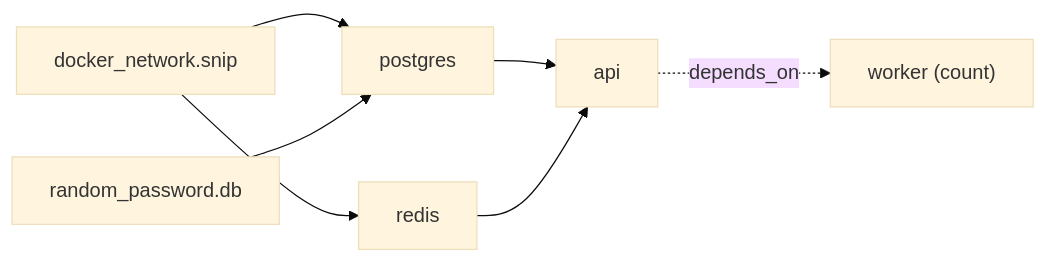
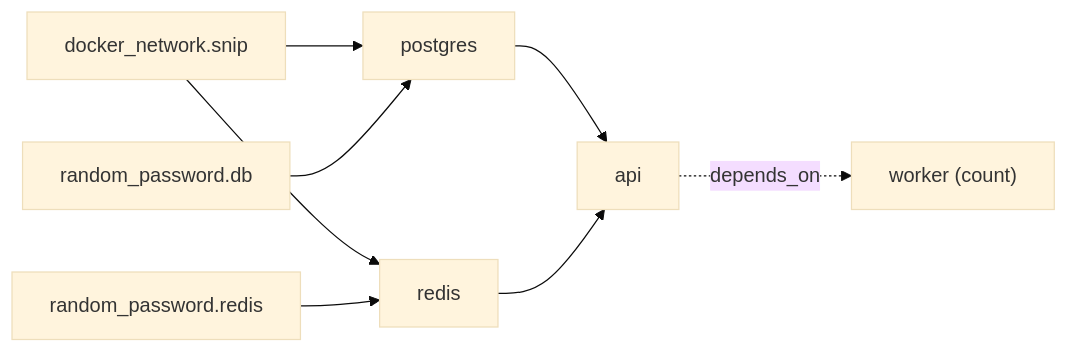
The fourth of 4 diagrams in docs/cloud/terraform-from-zero.mdx (jawwadzafar/zero-to-prod), drawn with Mermaid (base theme) before and after one commit. The commit also changed other lines of this file and 16 other files, not shown here.

````diff
--- a/docs/cloud/terraform-from-zero.mdx
+++ b/docs/cloud/terraform-from-zero.mdx
@@ -338,9 +338,10 @@
 ```mermaid
 flowchart LR
   net["docker_network.snip"] --> pg["postgres"]
   net --> rd["redis"]
   pw["random_password.db"] --> pg
+  pw2["random_password.redis"] --> rd
   pg --> api["api"]
   rd --> api
   api -. "depends_on" .-> w["worker (count)"]
 ```
````
